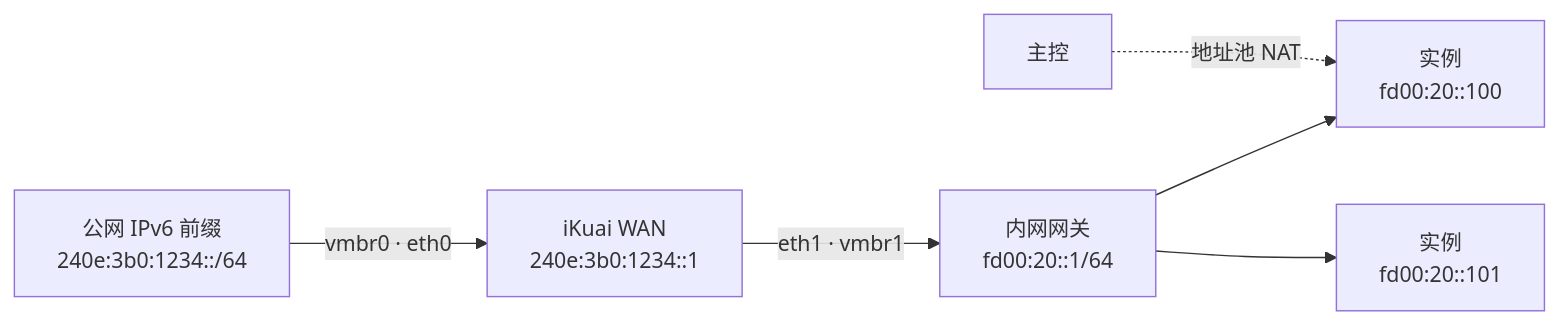
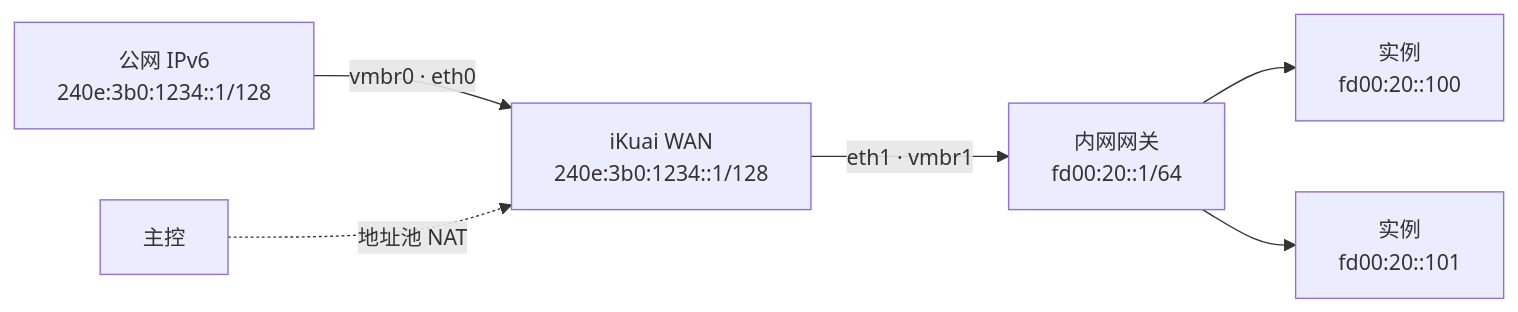
One commit to OpenIDCSTeam/Documents changed the second of 2 diagrams in docs/2-deploy/3-network/2-ipv6.md. Above: the diagram before and after it, drawn with Mermaid. The commit also changed other lines of this file, not shown here.

Commit message:
docs(deploy): IPv6 补前缀分配方式与主控/爱快支持范围

````diff
--- a/docs/2-deploy/3-network/2-ipv6.md
+++ b/docs/2-deploy/3-network/2-ipv6.md
@@ -24,9 +49,9 @@
 ```mermaid
 %%{init: {'themeVariables': {'fontSize': '15px'}}}%%
 flowchart LR
-    W["公网 IPv6 前缀<br/>240e:3b0:1234::/64"] -->|"vmbr0 · eth0"| K["iKuai WAN<br/>240e:3b0:1234::1"]
+    W["公网 IPv6 <br/>240e:3b0:1234::1/128"] -->|"vmbr0 · eth0"| K["iKuai WAN<br/>240e:3b0:1234::1/128"]
     K -->|"eth1 · vmbr1"| L["内网网关<br/>fd00:20::1/64"]
     L --> V1["实例<br/>fd00:20::100"]
     L --> V2["实例<br/>fd00:20::101"]
-    C["主控"] -.->|"地址池 NAT"| V1
+    C["主控"] -.->|"地址池 NAT"| K
 ```
````
